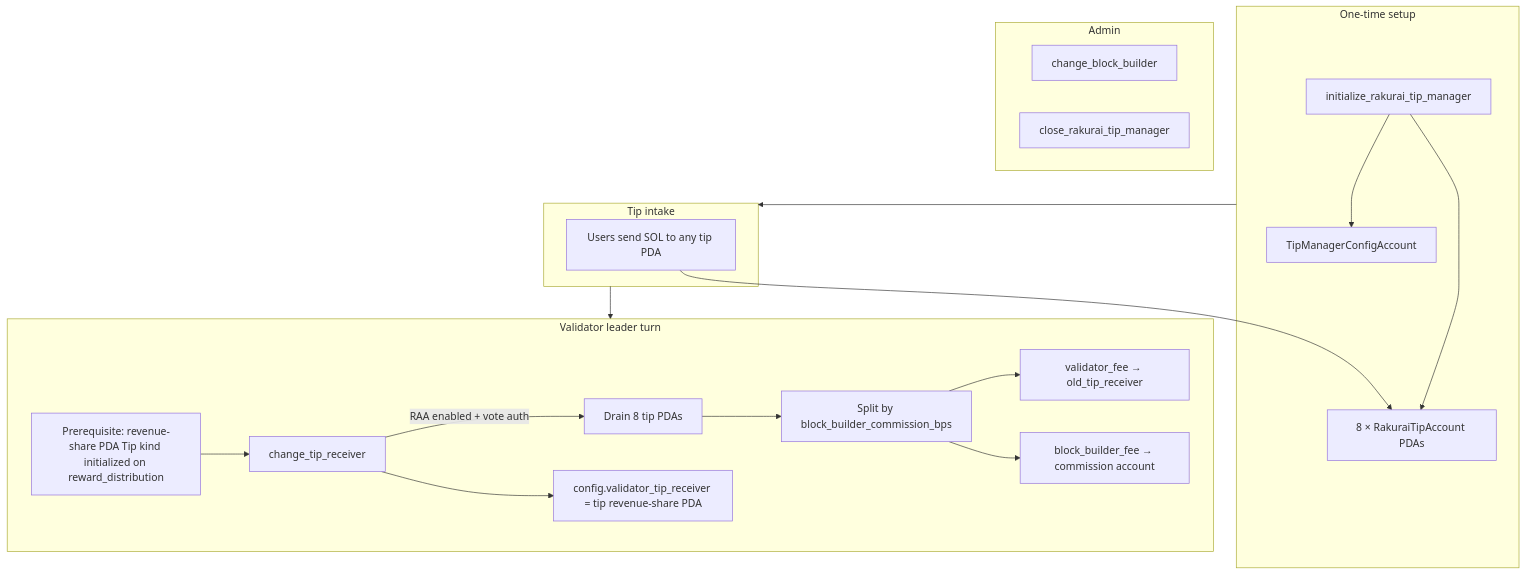
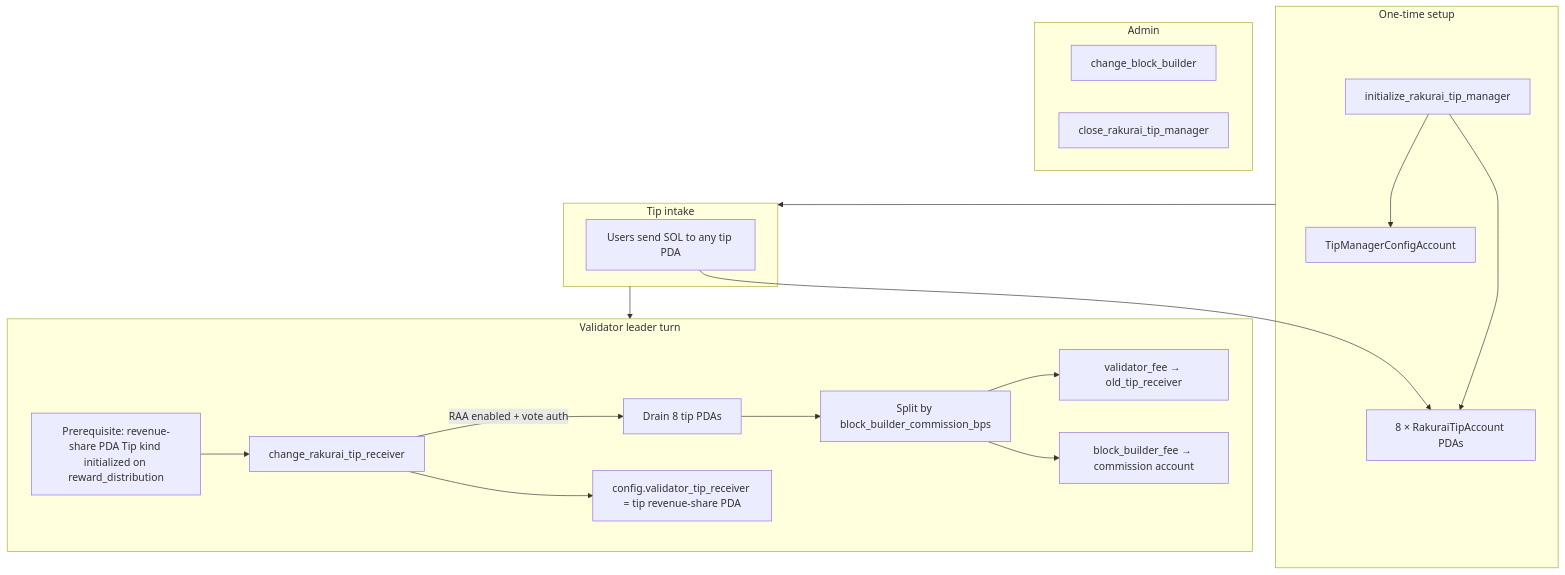
Before and after one commit to rakurai-io/rakurai_programs: the third of 4 diagrams in diagram/program-flow-diagrams.md, drawn with Mermaid. The commit also changed other lines of this file and 11 other files, not shown here.

````diff
--- a/diagram/program-flow-diagrams.md
+++ b/diagram/program-flow-diagrams.md
@@ -109,32 +109,32 @@
 ```mermaid
 flowchart TD
     subgraph setup [One-time setup]
         T0[initialize_rakurai_tip_manager]
         T0 --> CFG[TipManagerConfigAccount]
         T0 --> TIPS[8 × RakuraiTipAccount PDAs]
     end
 
     subgraph users [Tip intake]
         U1[Users send SOL to any tip PDA]
         U1 --> TIPS
     end
 
     subgraph drain [Validator leader turn]
         PRE[Prerequisite: revenue-share PDA Tip kind initialized on reward_distribution]
-        V1[change_tip_receiver]
+        V1[change_rakurai_tip_receiver]
         V1 -->|RAA enabled + vote auth| DRAIN[Drain 8 tip PDAs]
         DRAIN --> SPLIT[Split by block_builder_commission_bps]
         SPLIT --> OLD[validator_fee → old_tip_receiver]
         SPLIT --> BB[block_builder_fee → commission account]
         V1 --> CFG2[config.validator_tip_receiver = tip revenue-share PDA]
     end
 
     subgraph admin [Admin]
         A1[change_block_builder]
         A2[close_rakurai_tip_manager]
     end
 
     setup --> users
     users --> drain
     PRE --> V1
 ```
````
